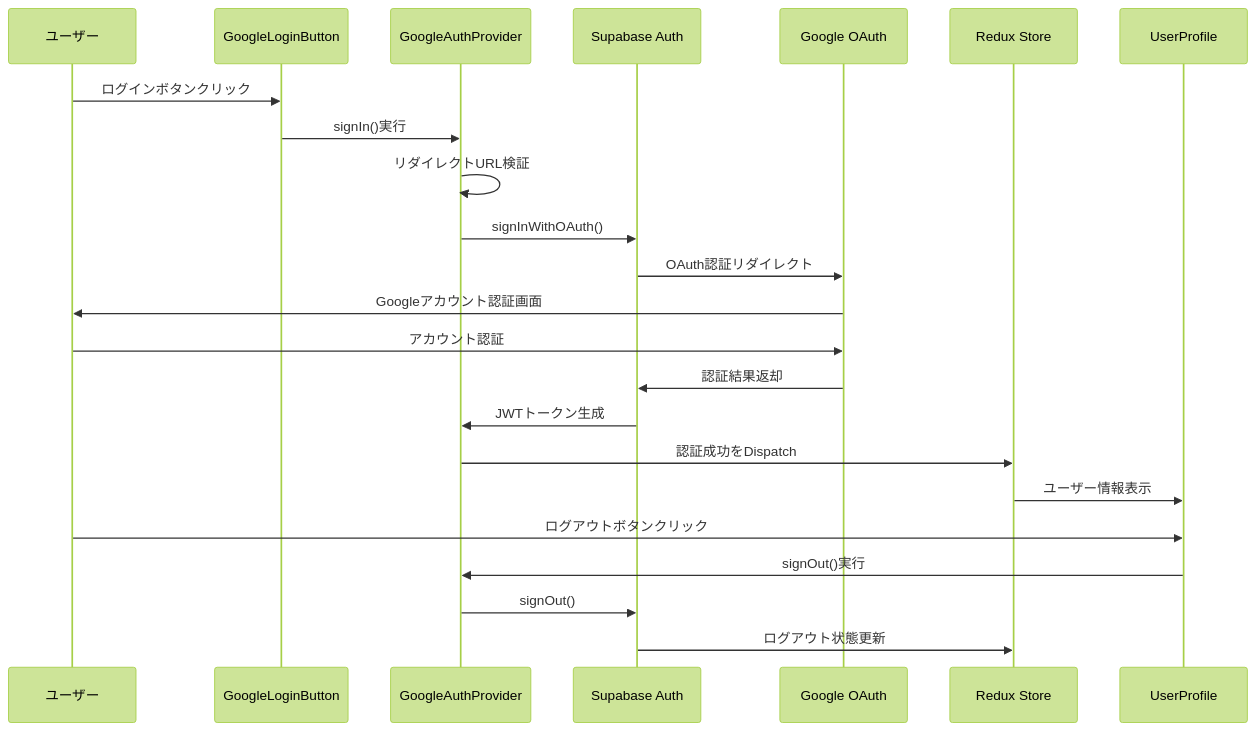
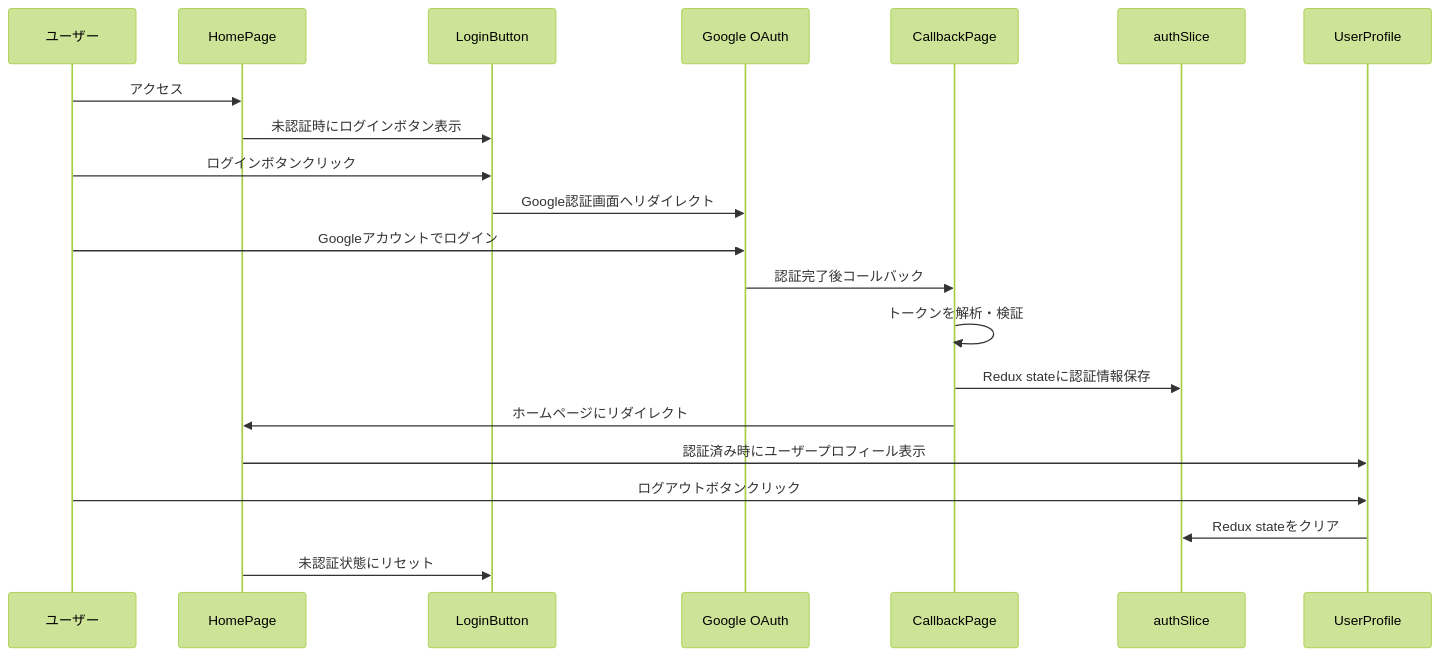
The first of 2 diagrams in docs/explan/mvp-google-auth/TASK-301-code-explan.md (rimanem18/hoxt-backlog), drawn with Mermaid (forest theme) before and after one commit. The commit also changed other lines of this file, not shown here.

````diff
--- a/docs/explan/mvp-google-auth/TASK-301-code-explan.md
+++ b/docs/explan/mvp-google-auth/TASK-301-code-explan.md
@@ -19,26 +22,24 @@
 ```mermaid
 sequenceDiagram
-    participant User as ユーザー
-    participant Button as GoogleLoginButton
-    participant Provider as GoogleAuthProvider
-    participant Supabase as Supabase Auth
-    participant Google as Google OAuth
-    participant Store as Redux Store
-    participant Profile as UserProfile
-
-    User->>Button: ログインボタンクリック
-    Button->>Provider: signIn()実行
-    Provider->>Provider: リダイレクトURL検証
-    Provider->>Supabase: signInWithOAuth()
-    Supabase->>Google: OAuth認証リダイレクト
-    Google->>User: Googleアカウント認証画面
-    User->>Google: アカウント認証
-    Google->>Supabase: 認証結果返却
-    Supabase->>Provider: JWTトークン生成
-    Provider->>Store: 認証成功をDispatch
-    Store->>Profile: ユーザー情報表示
-    User->>Profile: ログアウトボタンクリック
-    Profile->>Provider: signOut()実行
-    Provider->>Supabase: signOut()
-    Supabase->>Store: ログアウト状態更新
+    participant U as ユーザー
+    participant HP as HomePage
+    participant LB as LoginButton
+    participant G as Google OAuth
+    participant CB as CallbackPage
+    participant AS as authSlice
+    participant UP as UserProfile
+    
+    U->>HP: アクセス
+    HP->>LB: 未認証時にログインボタン表示
+    U->>LB: ログインボタンクリック
+    LB->>G: Google認証画面へリダイレクト
+    U->>G: Googleアカウントでログイン
+    G->>CB: 認証完了後コールバック
+    CB->>CB: トークンを解析・検証
+    CB->>AS: Redux stateに認証情報保存
+    CB->>HP: ホームページにリダイレクト
+    HP->>UP: 認証済み時にユーザープロフィール表示
+    U->>UP: ログアウトボタンクリック
+    UP->>AS: Redux stateをクリア
+    HP->>LB: 未認証状態にリセット
 ```
````
